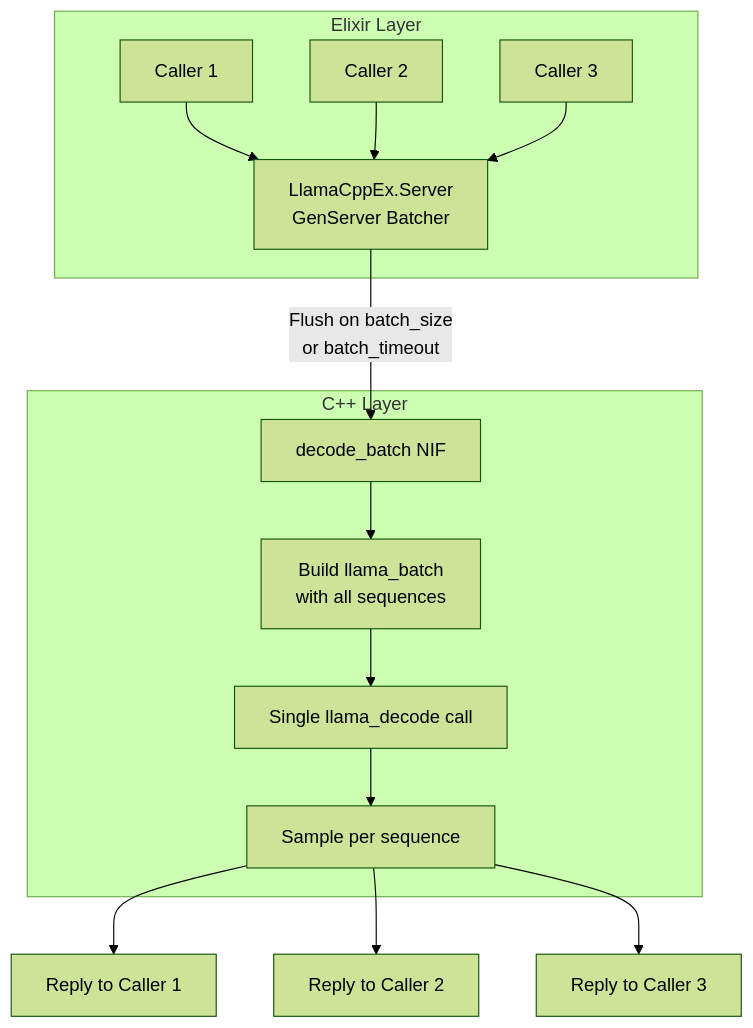
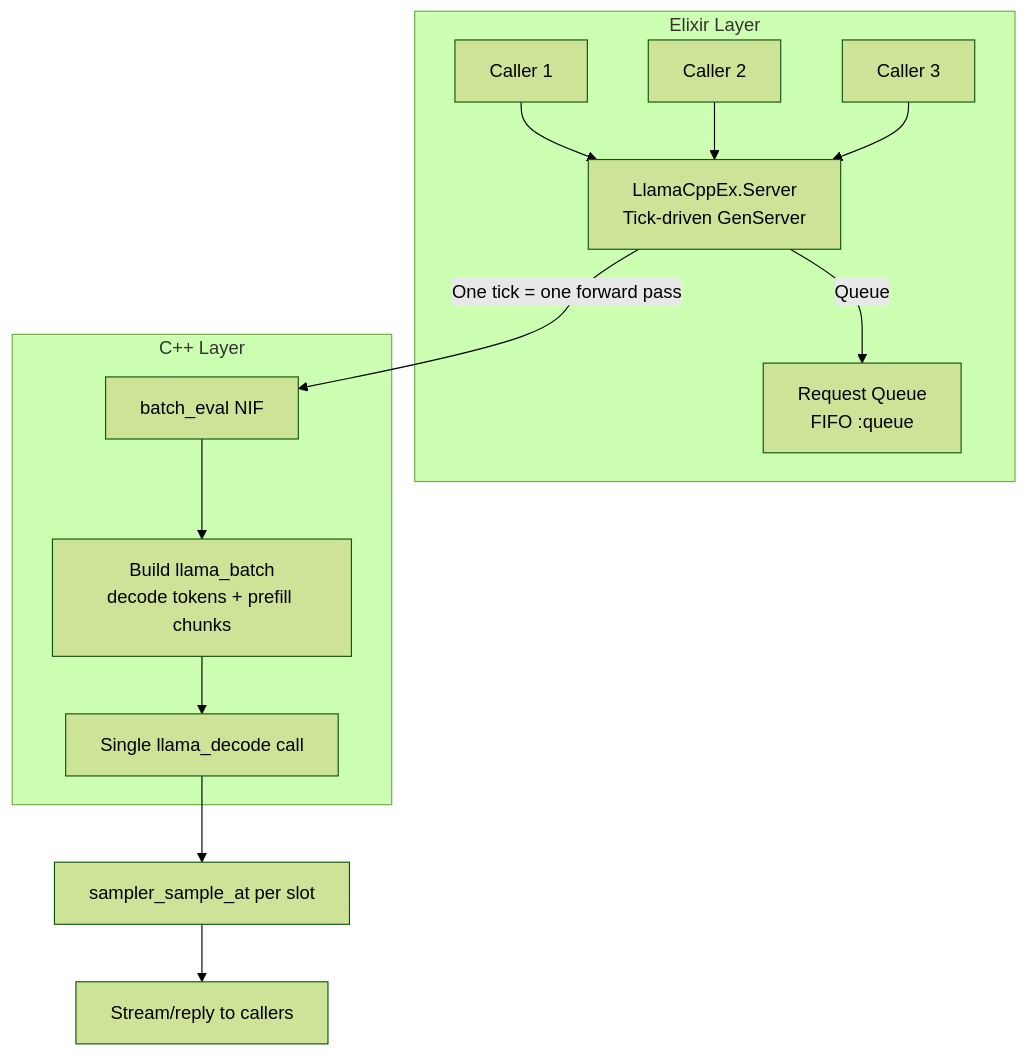
Before and after one commit to nyo16/llama_cpp_ex: the seventh of 8 diagrams in docs/architecture.md, drawn with Mermaid (forest theme). The commit also changed other lines of this file and 8 other files, not shown here.

First line of the commit message:
Implement continuous batching for Server with single forward pass per tick

````diff
--- a/docs/architecture.md
+++ b/docs/architecture.md
@@ -227,20 +240,19 @@
 ```mermaid
 graph TD
     subgraph "Elixir Layer"
-        A[Caller 1] --> D[LlamaCppEx.Server<br/>GenServer Batcher]
+        A[Caller 1] --> D[LlamaCppEx.Server<br/>Tick-driven GenServer]
         B[Caller 2] --> D
         C[Caller 3] --> D
+        D -->|Queue| Q[Request Queue<br/>FIFO :queue]
     end
 
-    D -->|Flush on batch_size<br/>or batch_timeout| E[decode_batch NIF]
+    D -->|"One tick = one forward pass"| E[batch_eval NIF]
 
     subgraph "C++ Layer"
-        E --> F[Build llama_batch<br/>with all sequences]
+        E --> F[Build llama_batch<br/>decode tokens + prefill chunks]
         F --> G[Single llama_decode call]
-        G --> H[Sample per sequence]
     end
 
-    H --> I[Reply to Caller 1]
-    H --> J[Reply to Caller 2]
-    H --> K[Reply to Caller 3]
+    G --> H[sampler_sample_at per slot]
+    H --> I[Stream/reply to callers]
 ```
````
